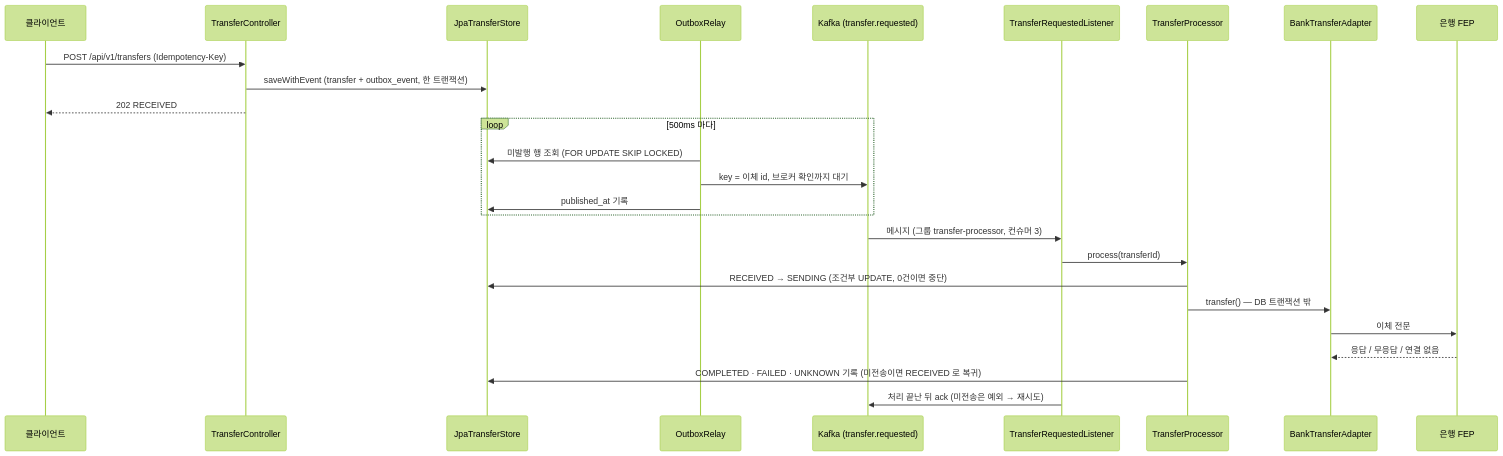
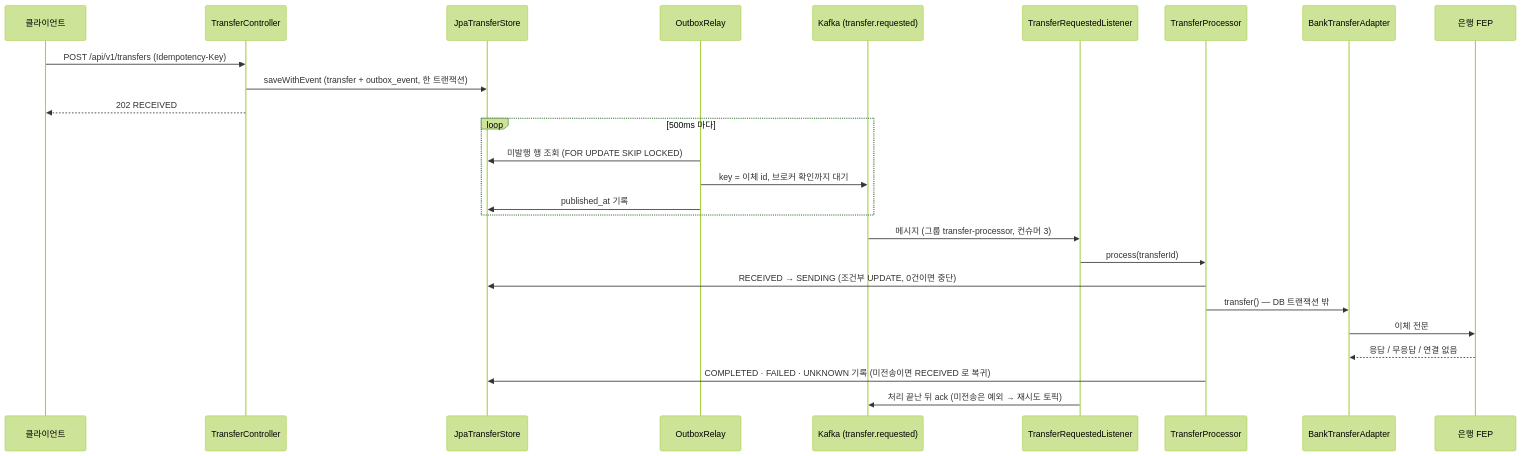
Before and after one commit to hyeokjinON/bank-transfer: the third of 5 diagrams in ARCHITECTURE.md, drawn with Mermaid (forest theme). The commit also changed other lines of this file and 16 other files, not shown here.

````diff
--- a/ARCHITECTURE.md
+++ b/ARCHITECTURE.md
@@ -142,28 +144,28 @@
 ```mermaid
 sequenceDiagram
     participant C as 클라이언트
     participant T as TransferController
     participant S as JpaTransferStore
     participant R as OutboxRelay
     participant K as Kafka (transfer.requested)
     participant L as TransferRequestedListener
     participant P as TransferProcessor
     participant A as BankTransferAdapter
     participant B as 은행 FEP
     C->>T: POST /api/v1/transfers (Idempotency-Key)
     T->>S: saveWithEvent (transfer + outbox_event, 한 트랜잭션)
     T-->>C: 202 RECEIVED
     loop 500ms 마다
         R->>S: 미발행 행 조회 (FOR UPDATE SKIP LOCKED)
         R->>K: key = 이체 id, 브로커 확인까지 대기
         R->>S: published_at 기록
     end
     K->>L: 메시지 (그룹 transfer-processor, 컨슈머 3)
     L->>P: process(transferId)
     P->>S: RECEIVED → SENDING (조건부 UPDATE, 0건이면 중단)
     P->>A: transfer() — DB 트랜잭션 밖
     A->>B: 이체 전문
     B-->>A: 응답 / 무응답 / 연결 없음
     P->>S: COMPLETED · FAILED · UNKNOWN 기록 (미전송이면 RECEIVED 로 복귀)
-    L->>K: 처리 끝난 뒤 ack (미전송은 예외 → 재시도)
+    L->>K: 처리 끝난 뒤 ack (미전송은 예외 → 재시도 토픽)
 ```
````
